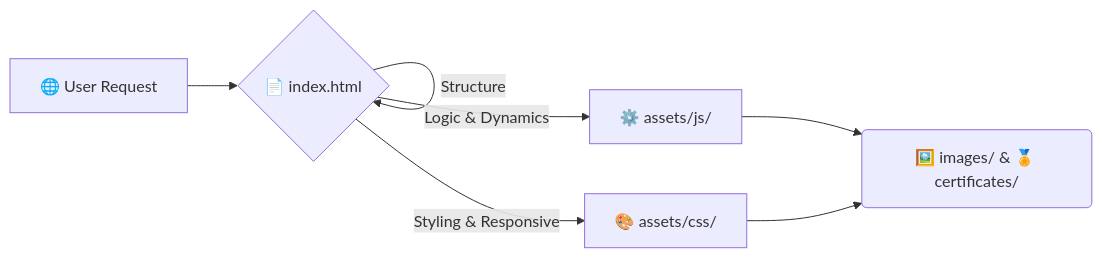
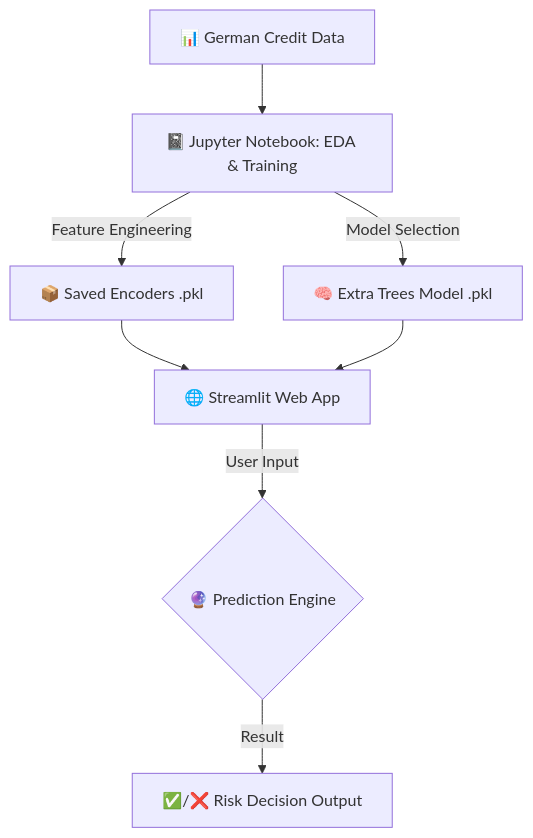
The diagram in README.md (thayss-tech/CREDIT-RISK-MODEL), drawn with Mermaid before and after one commit. The commit also changed other lines of this file, not shown here.

`````diff
--- a/README.md
+++ b/README.md
@@ -74,8 +70,9 @@
 ```mermaid
-graph LR
-    A[🌐 User Request] --> B{📄 index.html}
-    B -- Structure --> B
-    B -- Logic & Dynamics --> C[⚙️ assets/js/]
-    B -- Styling & Responsive --> D[🎨 assets/css/]
-    C & D --> E(🖼️ images/ & 🏅 certificates/)
-```
+graph TD
+    A[📊 German Credit Data] --> B[📓 Jupyter Notebook: EDA & Training]
+    B -- Feature Engineering --> C[📦 Saved Encoders .pkl]
+    B -- Model Selection --> D[🧠 Extra Trees Model .pkl]
+    C & D --> E[🌐 Streamlit Web App]
+    E -- User Input --> F{🔮 Prediction Engine}
+    F -- Result --> G[✅/❌ Risk Decision Output]
+````
`````
